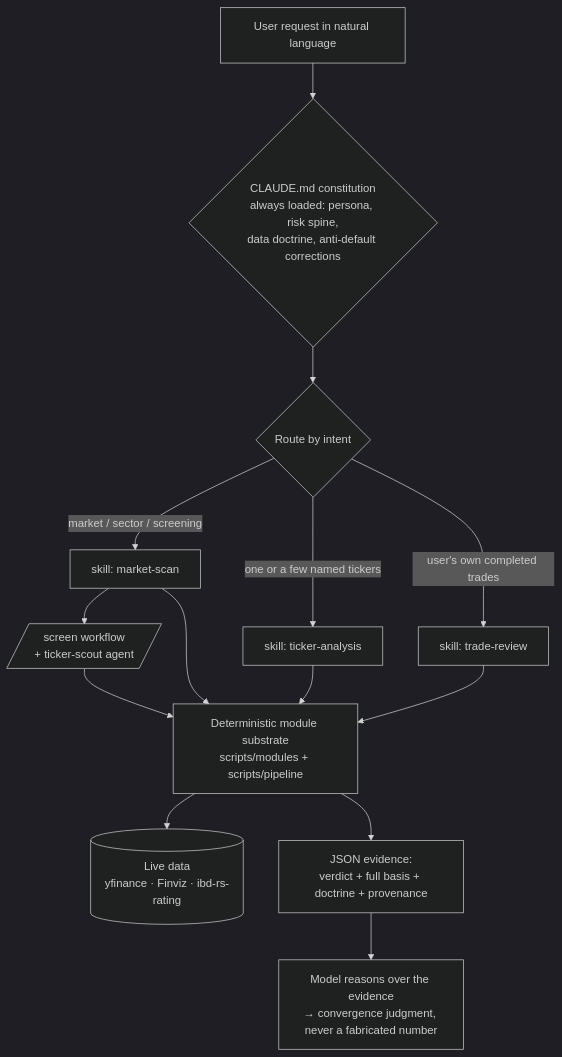
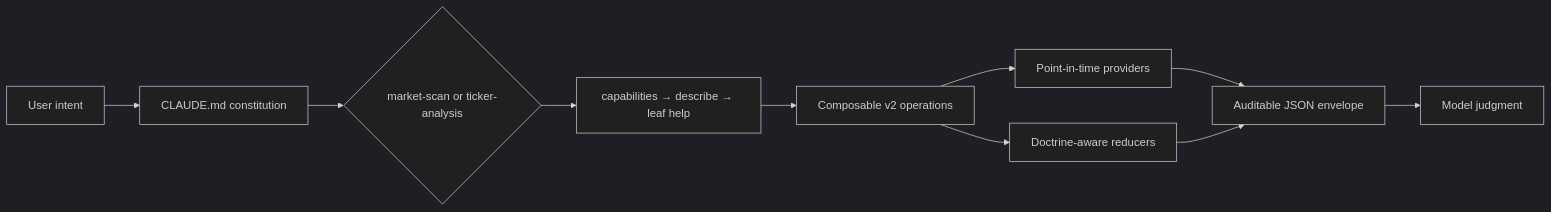
Before and after one commit to tjdwls101010/Harness-of-Minervini: the diagram in README.md, drawn with Mermaid (dark theme). The commit also changed other lines of this file and 216 other files, not shown here.

````diff
--- a/README.md
+++ b/README.md
@@ -87,16 +68,12 @@
 ```mermaid
-flowchart TD
-    U[User request in natural language] --> C{CLAUDE.md constitution<br/>always loaded: persona, risk spine,<br/>data doctrine, anti-default corrections}
-    C --> R{Route by intent}
-    R -->|market / sector / screening| MS[skill: market-scan]
-    R -->|one or a few named tickers| TA[skill: ticker-analysis]
-    R -->|user's own completed trades| TR[skill: trade-review]
-    MS --> W[/screen workflow<br/>+ ticker-scout agent/]
-    MS --> SUB
-    TA --> SUB
-    TR --> SUB
-    W --> SUB
-    SUB[Deterministic module substrate<br/>scripts/modules + scripts/pipeline] --> D[(Live data<br/>yfinance · Finviz · ibd-rs-rating)]
-    SUB --> V[JSON evidence:<br/>verdict + full basis + doctrine + provenance]
-    V --> M[Model reasons over the evidence<br/>→ convergence judgment, never a fabricated number]
+flowchart LR
+    U[User intent] --> H[CLAUDE.md constitution]
+    H --> S{market-scan or ticker-analysis}
+    S --> I[capabilities → describe → leaf help]
+    I --> O[Composable v2 operations]
+    O --> P[Point-in-time providers]
+    O --> R[Doctrine-aware reducers]
+    P --> E[Auditable JSON envelope]
+    R --> E
+    E --> J[Model judgment]
 ```
````
